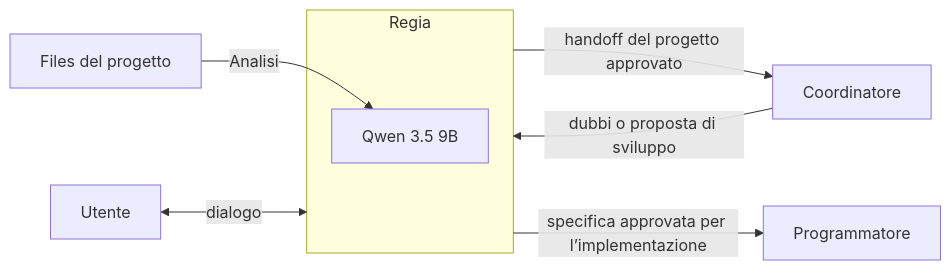
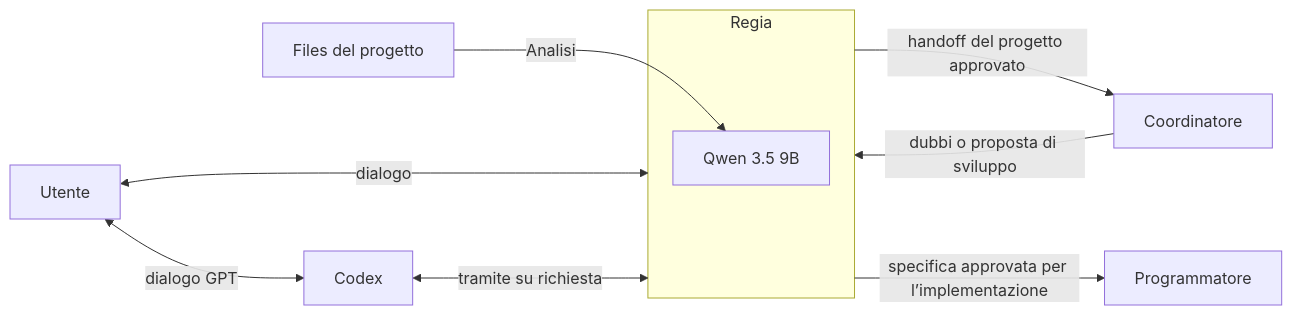
Before and after one commit to DRincs-Productions/LM-Studio: the second of 10 diagrams in README.md, drawn with Mermaid. The commit also changed other lines of this file and 14 other files, not shown here.

Commit message:
Update MCP workers, add Codex Regia relay and document workflows

````diff
--- a/README.md
+++ b/README.md
@@ -36,15 +39,17 @@
 ```mermaid
 flowchart LR
     U[Utente]
     F[Files del progetto]
     subgraph REGIA[Regia]
         Q[Qwen 3.5 9B]
     end
     C[Coordinatore]
     P[Programmatore]
     U <-->|dialogo| REGIA
+    U <-->|dialogo GPT| CX[Codex]
+    CX <-->|tramite su richiesta| REGIA
     F -->|Analisi| Q
     REGIA -->|handoff del progetto approvato| C
     C -->|dubbi o proposta di sviluppo| REGIA
     REGIA -->|specifica approvata per l’implementazione| P
 ```
````
